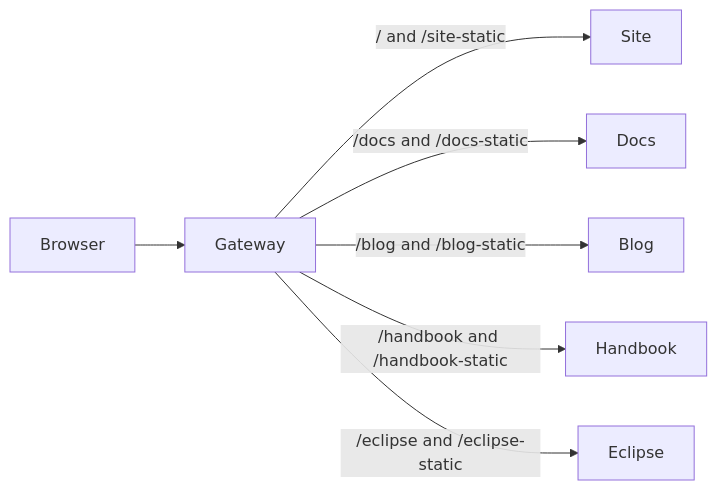
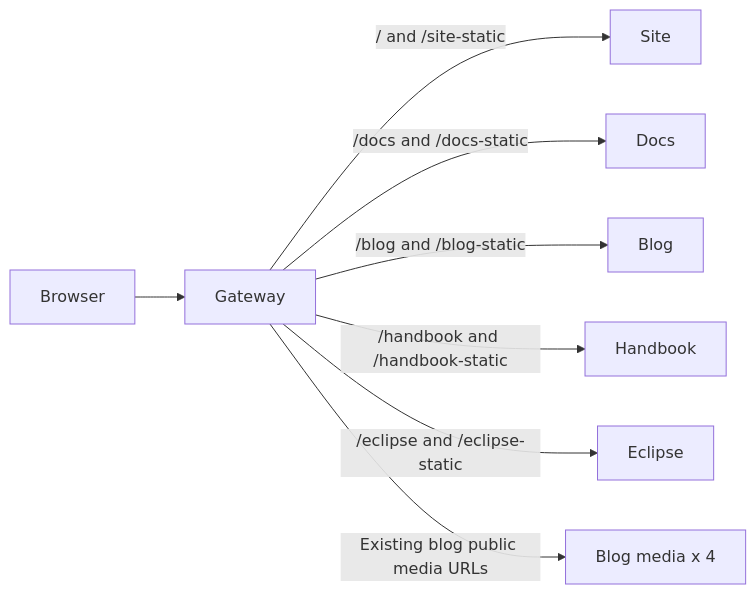
The diagram in COMPOSER.md (prisma/web), drawn with Mermaid before and after one commit. The commit also changed other lines of this file and 23 other files, not shown here.

Commit message:
fix(composer): split blog media to fit deployment upload limits

````diff
--- a/COMPOSER.md
+++ b/COMPOSER.md
@@ -8,9 +9,10 @@
 ```mermaid
 flowchart LR
   browser[Browser] --> gateway[Gateway]
   gateway -->|"/ and /site-static"| site[Site]
   gateway -->|"/docs and /docs-static"| docs[Docs]
   gateway -->|"/blog and /blog-static"| blog[Blog]
   gateway -->|"/handbook and /handbook-static"| handbook[Handbook]
   gateway -->|"/eclipse and /eclipse-static"| eclipse[Eclipse]
+  gateway -->|"Existing blog public media URLs"| media[Blog media x 4]
 ```
````
